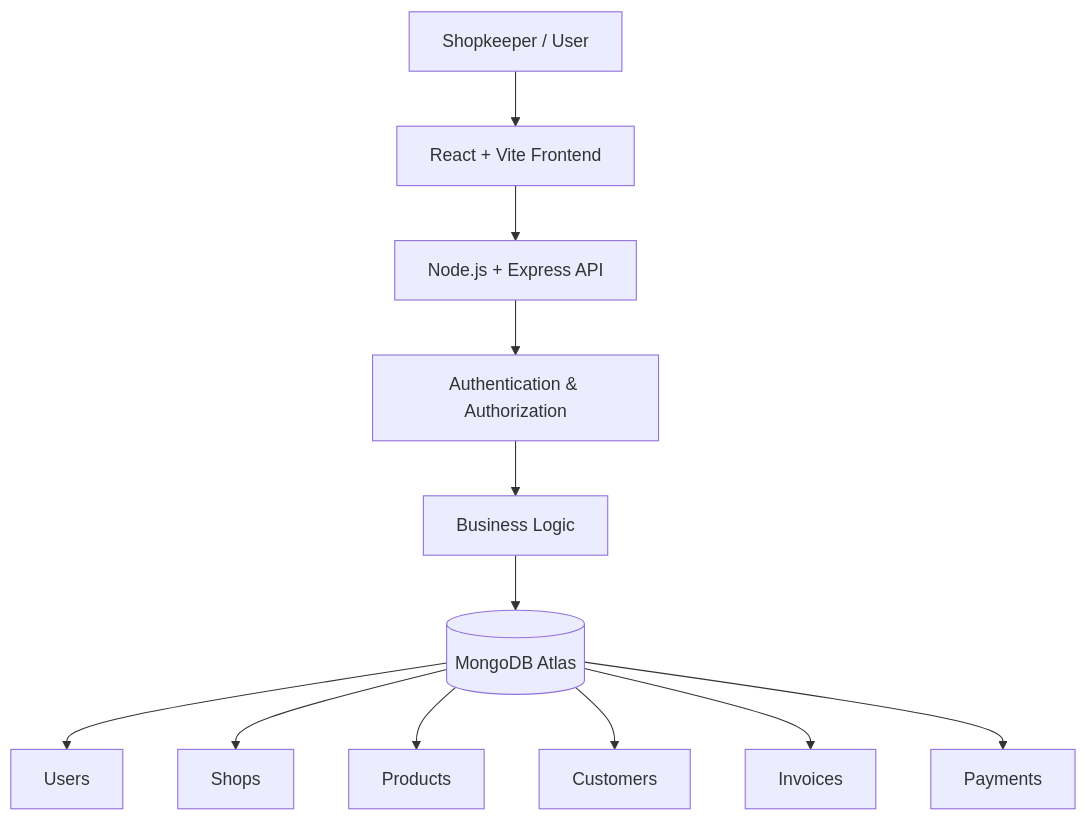
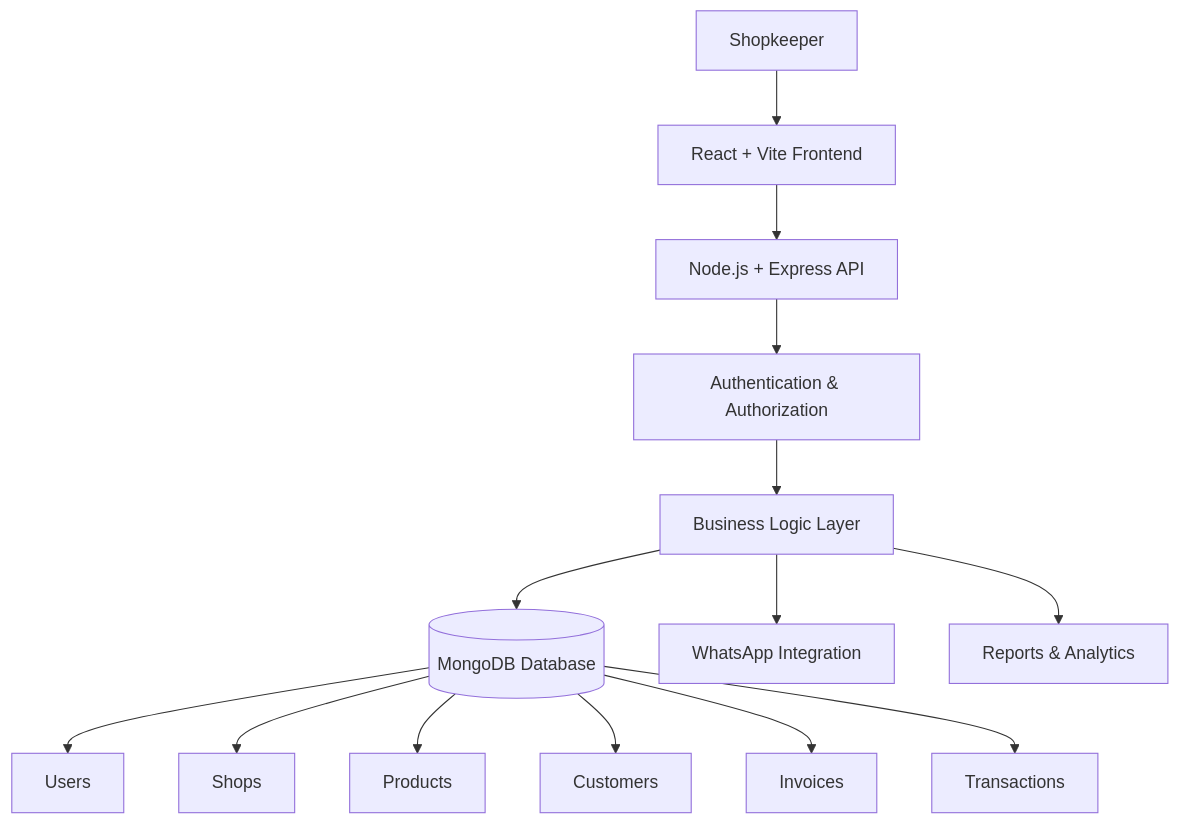
Before and after one commit to ankit16x2choudharytech-tech/StarDukaan: the diagram in README.md, drawn with Mermaid. The commit also changed other lines of this file, not shown here.

````diff
--- a/README.md
+++ b/README.md
@@ -174,14 +212,18 @@
 ```mermaid
 flowchart TD
-    A[Shopkeeper / User] --> B[React + Vite Frontend]
-    B --> C[Node.js + Express API]
-    C --> D[Authentication & Authorization]
-    D --> E[Business Logic]
-    E --> F[(MongoDB Atlas)]
-    F --> G[Users]
-    F --> H[Shops]
-    F --> I[Products]
-    F --> J[Customers]
-    F --> K[Invoices]
-    F --> L[Payments]
+    A["Shopkeeper"] --> B["React + Vite Frontend"]
+    B --> C["Node.js + Express API"]
+    C --> D["Authentication & Authorization"]
+    D --> E["Business Logic Layer"]
+    E --> F[("MongoDB Database")]
+
+    F --> G["Users"]
+    F --> H["Shops"]
+    F --> I["Products"]
+    F --> J["Customers"]
+    F --> K["Invoices"]
+    F --> L["Transactions"]
+
+    E --> M["WhatsApp Integration"]
+    E --> N["Reports & Analytics"]
 ```
````
